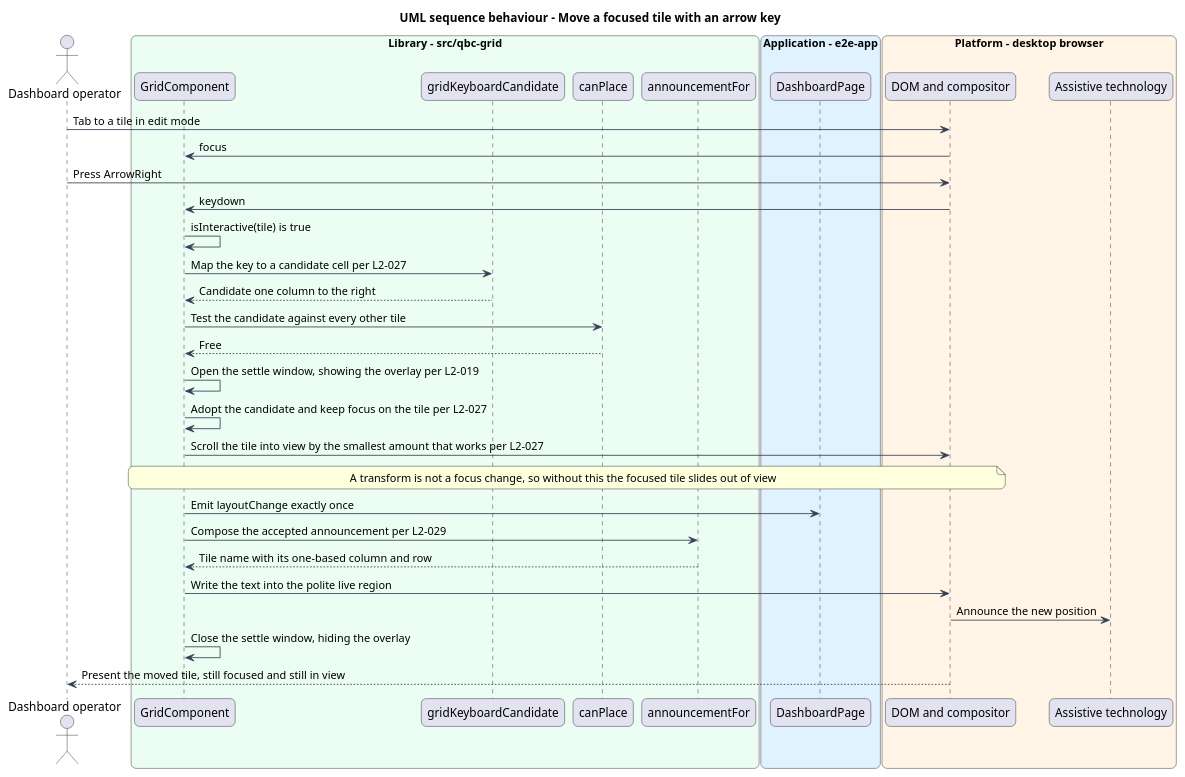
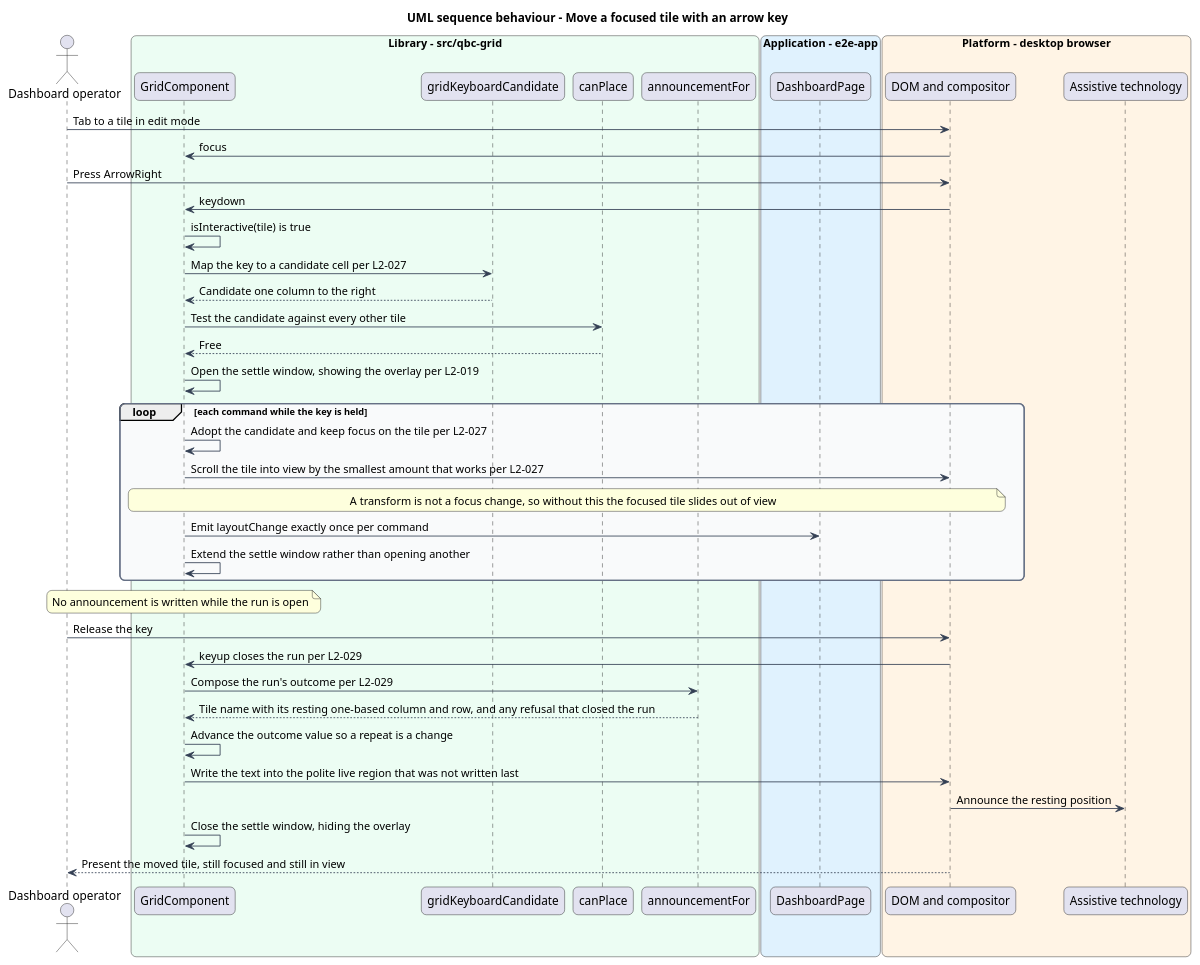
The diagram in docs/detailed-designs/tile-interaction/move-and-resize-by-keyboard/diagrams/sequence-keyboard-move.puml (QuinntyneBrown/qbc-grid), drawn with PlantUML before and after one commit. The commit also changed 13 other files, not shown here.

```diff
--- a/docs/detailed-designs/tile-interaction/move-and-resize-by-keyboard/diagrams/sequence-keyboard-move.puml
+++ b/docs/detailed-designs/tile-interaction/move-and-resize-by-keyboard/diagrams/sequence-keyboard-move.puml
@@ -1,52 +1,59 @@
 @startuml
 title UML sequence behaviour - Move a focused tile with an arrow key
 skinparam backgroundColor #FFFFFF
 skinparam shadowing false
 skinparam roundcorner 12
 skinparam defaultFontName Arial
 skinparam ArrowColor #344054
 skinparam rectangle {
   BorderColor #344054
   FontColor #101828
 }
 skinparam package {
   BorderColor #667085
   FontColor #101828
   BackgroundColor #F9FAFB
 }
 actor "Dashboard operator" as actor
 box "Library - src/qbc-grid" #ECFDF3
   participant "GridComponent" as grid
   participant "gridKeyboardCandidate" as keys
   participant "canPlace" as canplace
   participant "announcementFor" as announce
 end box
 box "Application - e2e-app" #E0F2FE
   participant "DashboardPage" as dashboard
 end box
 box "Platform - desktop browser" #FFF4E5
   participant "DOM and compositor" as dom
   participant "Assistive technology" as at
 end box
 
 actor -> dom : Tab to a tile in edit mode
 dom -> grid : focus
 actor -> dom : Press ArrowRight
 dom -> grid : keydown
 grid -> grid : isInteractive(tile) is true
 grid -> keys : Map the key to a candidate cell per L2-027
 keys --> grid : Candidate one column to the right
 grid -> canplace : Test the candidate against every other tile
 canplace --> grid : Free
 grid -> grid : Open the settle window, showing the overlay per L2-019
-grid -> grid : Adopt the candidate and keep focus on the tile per L2-027
-grid -> dom : Scroll the tile into view by the smallest amount that works per L2-027
-note over grid, dom : A transform is not a focus change, so without this the focused tile slides out of view
-grid -> dashboard : Emit layoutChange exactly once
-grid -> announce : Compose the accepted announcement per L2-029
-announce --> grid : Tile name with its one-based column and row
-grid -> dom : Write the text into the polite live region
-dom -> at : Announce the new position
+loop each command while the key is held
+  grid -> grid : Adopt the candidate and keep focus on the tile per L2-027
+  grid -> dom : Scroll the tile into view by the smallest amount that works per L2-027
+  note over grid, dom : A transform is not a focus change, so without this the focused tile slides out of view
+  grid -> dashboard : Emit layoutChange exactly once per command
+  grid -> grid : Extend the settle window rather than opening another
+end
+note over grid : No announcement is written while the run is open
+actor -> dom : Release the key
+dom -> grid : keyup closes the run per L2-029
+grid -> announce : Compose the run's outcome per L2-029
+announce --> grid : Tile name with its resting one-based column and row, and any refusal that closed the run
+grid -> grid : Advance the outcome value so a repeat is a change
+grid -> dom : Write the text into the polite live region that was not written last
+dom -> at : Announce the resting position
 grid -> grid : Close the settle window, hiding the overlay
 dom --> actor : Present the moved tile, still focused and still in view
 @enduml
```
